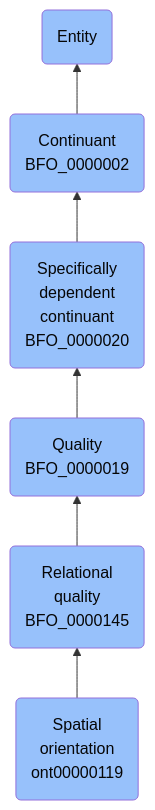
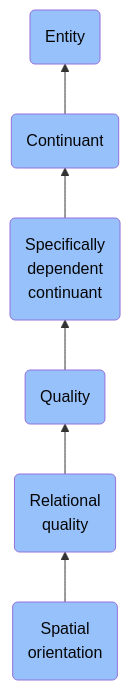
The diagram in docs/ontology/reference/model/Entity/Continuant/Specifically dependent continuant/Quality/Relational quality/Spatial orientation/Spatial orientation.md (jupyter-naas/abi), drawn with Mermaid before and after one commit. The commit also changed other lines of this file and 1430 other files, not shown here.

````diff
--- a/docs/ontology/reference/model/Entity/Continuant/Specifically dependent continuant/Quality/Relational quality/Spatial orientation/Spatial orientation.md
+++ b/docs/ontology/reference/model/Entity/Continuant/Specifically dependent continuant/Quality/Relational quality/Spatial orientation/Spatial orientation.md
@@ -24,13 +24,13 @@
 ```mermaid
 graph BT
-    ont00000119(Spatial<br>orientation<br>ont00000119):::BFO-->BFO_0000145
-    BFO_0000145(Relational<br>quality<br>BFO_0000145):::BFO-->BFO_0000019
-    BFO_0000019(Quality<br>BFO_0000019):::BFO-->BFO_0000020
-    BFO_0000020(Specifically<br>dependent<br>continuant<br>BFO_0000020):::BFO-->BFO_0000002
-    BFO_0000002(Continuant<br>BFO_0000002):::BFO-->BFO_0000001
+    ont00000119(Spatial<br>orientation):::BFO-->BFO_0000145
+    BFO_0000145(Relational<br>quality):::BFO-->BFO_0000019
+    BFO_0000019(Quality):::BFO-->BFO_0000020
+    BFO_0000020(Specifically<br>dependent<br>continuant):::BFO-->BFO_0000002
+    BFO_0000002(Continuant):::BFO-->BFO_0000001
     BFO_0000001(Entity):::BFO
     
     classDef BFO fill:#97c1fb,color:#060606
     classDef CCO fill:#e4c51e,color:#060606
     classDef ABI fill:#48DD82,color:#060606
 ```
````
